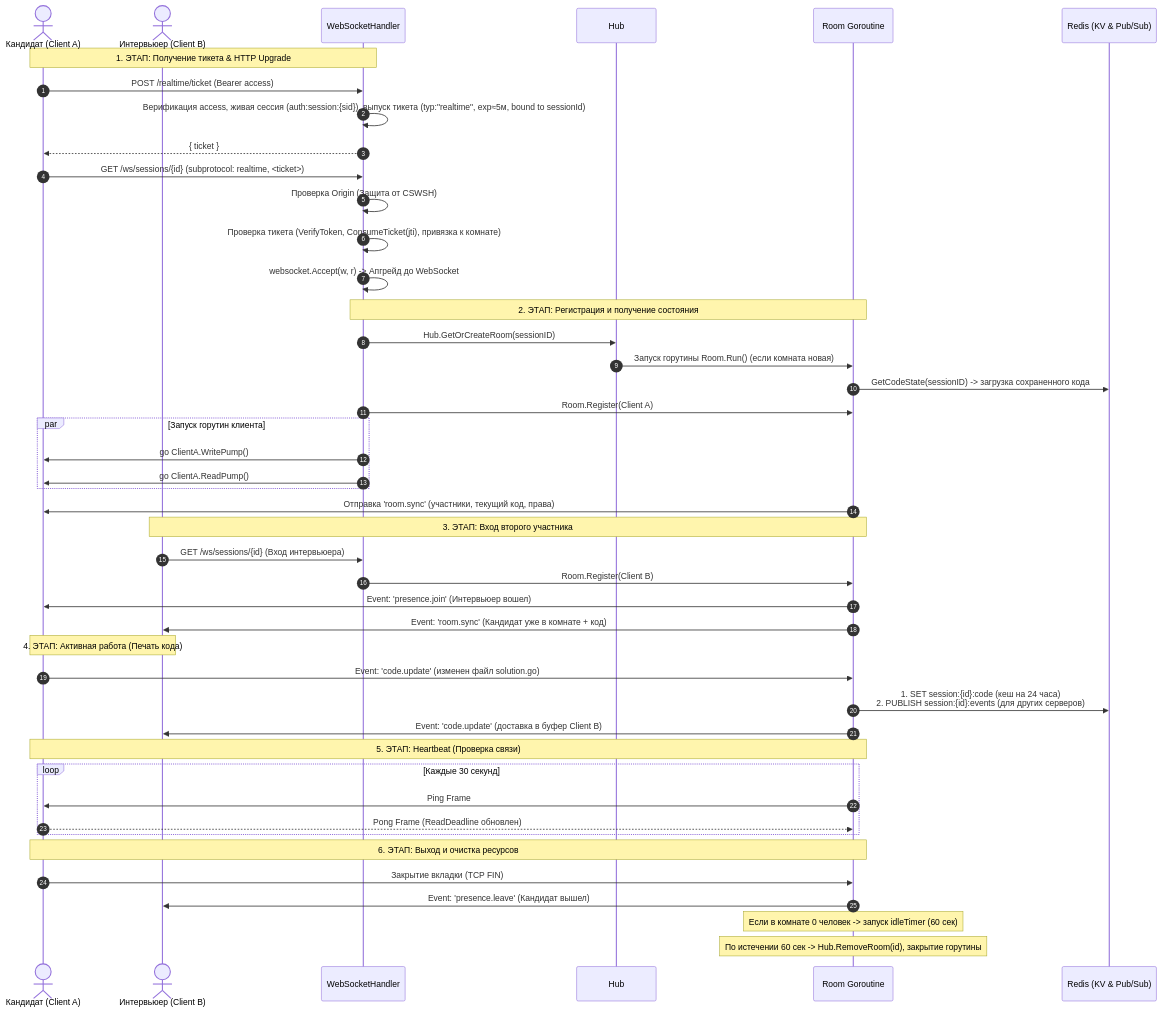
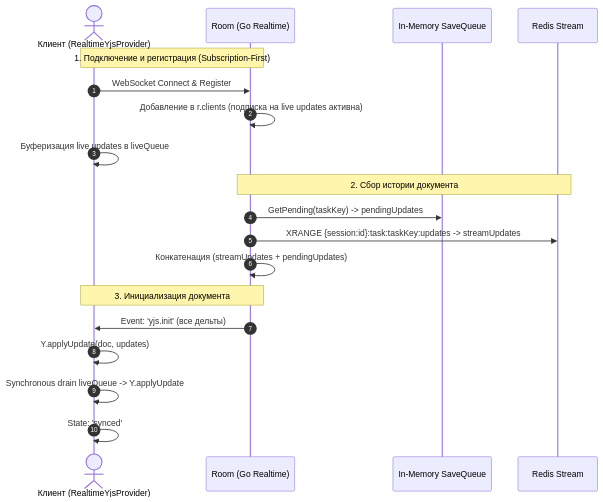
The second of 2 diagrams in docs/WEBSOCKET_ARCHITECTURE.md (Riko4502/MockInterviewAI), drawn with Mermaid before and after one commit. The commit also changed other lines of this file and 17 other files, not shown here.

Commit message:
feat(web): add sandbox feature with real-time websocket communication and multiplayer editor support

````diff
--- a/docs/WEBSOCKET_ARCHITECTURE.md
+++ b/docs/WEBSOCKET_ARCHITECTURE.md
@@ -119,55 +131,24 @@
 ```mermaid
 sequenceDiagram
     autonumber
-    actor Candidate as Кандидат (Client A)
-    actor Interviewer as Интервьюер (Client B)
-    participant Handler as WebSocketHandler
-    participant Hub as Hub
-    participant Room as Room Goroutine
-    participant Redis as Redis (KV & Pub/Sub)
+    actor Client as Клиент (RealtimeYjsProvider)
+    participant Room as Room (Go Realtime)
+    participant SaveQueue as In-Memory SaveQueue
+    participant Redis as Redis Stream
 
-    Note over Candidate,Handler: 1. ЭТАП: Получение тикета & HTTP Upgrade
-    Candidate->>Handler: POST /realtime/ticket (Bearer access)
-    Handler->>Handler: Верификация access, живая сессия (auth:session:{sid}), выпуск тикета (typ:"realtime", exp≈5м, bound to sessionId)
-    Handler-->>Candidate: { ticket }
-    Candidate->>Handler: GET /ws/sessions/{id} (subprotocol: realtime, <ticket>)
-    Handler->>Handler: Проверка Origin (Защита от CSWSH)
-    Handler->>Handler: Проверка тикета (VerifyToken, ConsumeTicket(jti), привязка к комнате)
-    Handler->>Handler: websocket.Accept(w, r) -> Апгрейд до WebSocket
-    
-    Note over Handler,Room: 2. ЭТАП: Регистрация и получение состояния
-    Handler->>Hub: Hub.GetOrCreateRoom(sessionID)
-    Hub->>Room: Запуск горутины Room.Run() (если комната новая)
-    Room->>Redis: GetCodeState(sessionID) -> загрузка сохраненного кода
-    Handler->>Room: Room.Register(Client A)
-    
-    par Запуск горутин клиента
-        Handler->>Candidate: go ClientA.WritePump()
-        Handler->>Candidate: go ClientA.ReadPump()
-    end
+    Note over Client,Room: 1. Подключение и регистрация (Subscription-First)
+    Client->>Room: WebSocket Connect & Register
+    Room->>Room: Добавление в r.clients (подписка на live updates активна)
+    Client->>Client: Буферизация live updates в liveQueue
 
-    Room->>Candidate: Отправка 'room.sync' (участники, текущий код, права)
+    Note over Room,Redis: 2. Сбор истории документа
+    Room->>SaveQueue: GetPending(taskKey) -> pendingUpdates
+    Room->>Redis: XRANGE {session:id}:task:taskKey:updates -> streamUpdates
+    Room->>Room: Конкатенация (streamUpdates + pendingUpdates)
 
-    Note over Interviewer,Room: 3. ЭТАП: Вход второго участника
-    Interviewer->>Handler: GET /ws/sessions/{id} (Вход интервьюера)
-    Handler->>Room: Room.Register(Client B)
-    Room->>Candidate: Event: 'presence.join' (Интервьюер вошел)
-    Room->>Interviewer: Event: 'room.sync' (Кандидат уже в комнате + код)
-
-    Note over Candidate,Interviewer: 4. ЭТАП: Активная работа (Печать кода)
-    Candidate->>Room: Event: 'code.update' (изменен файл solution.go)
-    Room->>Redis: 1. SET session:{id}:code (кеш на 24 часа)<br/>2. PUBLISH session:{id}:events (для других серверов)
-    Room->>Interviewer: Event: 'code.update' (доставка в буфер Client B)
-
-    Note over Candidate,Room: 5. ЭТАП: Heartbeat (Проверка связи)
-    loop Каждые 30 секунд
-        Room->>Candidate: Ping Frame
-        Candidate-->>Room: Pong Frame (ReadDeadline обновлен)
-    end
-
-    Note over Candidate,Room: 6. ЭТАП: Выход и очистка ресурсов
-    Candidate->>Room: Закрытие вкладки (TCP FIN)
-    Room->>Interviewer: Event: 'presence.leave' (Кандидат вышел)
-    Note over Room: Если в комнате 0 человек -> запуск idleTimer (60 сек)
-    Note over Room: По истечении 60 сек -> Hub.RemoveRoom(id), закрытие горутины
+    Note over Client,Room: 3. Инициализация документа
+    Room->>Client: Event: 'yjs.init' (все дельты)
+    Client->>Client: Y.applyUpdate(doc, updates)
+    Client->>Client: Synchronous drain liveQueue -> Y.applyUpdate
+    Client->>Client: State: 'synced'
 ```
````
